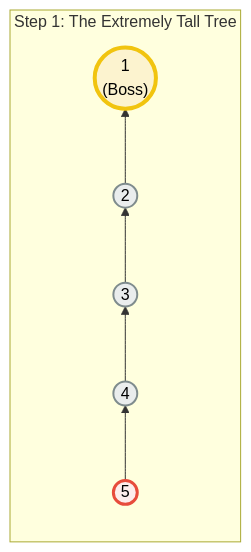
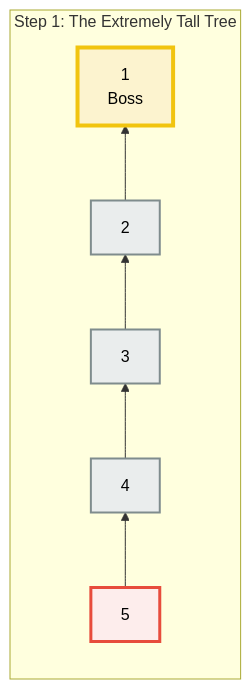
Before and after one commit to muntasir24/DSA_Practice: diagram 21 of 36 in Graph/DSU_README.md, drawn with Mermaid. The commit also changed other lines of this file, not shown here.

````diff
--- a/Graph/DSU_README.md
+++ b/Graph/DSU_README.md
@@ -858,20 +858,20 @@
 ```mermaid
 graph TD
     classDef superBoss fill:#FCF3CF,stroke:#F1C40F,stroke-width:4px,color:#000000;
     classDef midBoss fill:#EAEDED,stroke:#7F8C8D,stroke-width:2px,color:#000000;
     classDef targetRed fill:#FDEDEC,stroke:#E74C3C,stroke-width:3px,color:#000000;
 
     subgraph Step_1__The_Extremely_Tall_Tree ["Step 1: The Extremely Tall Tree"]
         direction BT
-        1(("1<br>(Boss)")):::superBoss
-        2(("2")):::midBoss
-        3(("3")):::midBoss
-        4(("4")):::midBoss
-        5(("5")):::targetRed
+        1["1<br>Boss"]:::superBoss
+        2["2"]:::midBoss
+        3["3"]:::midBoss
+        4["4"]:::midBoss
+        5["5"]:::targetRed
 
         2 --> 1
         3 --> 2
         4 --> 3
         5 --> 4
     end
 ```
````
